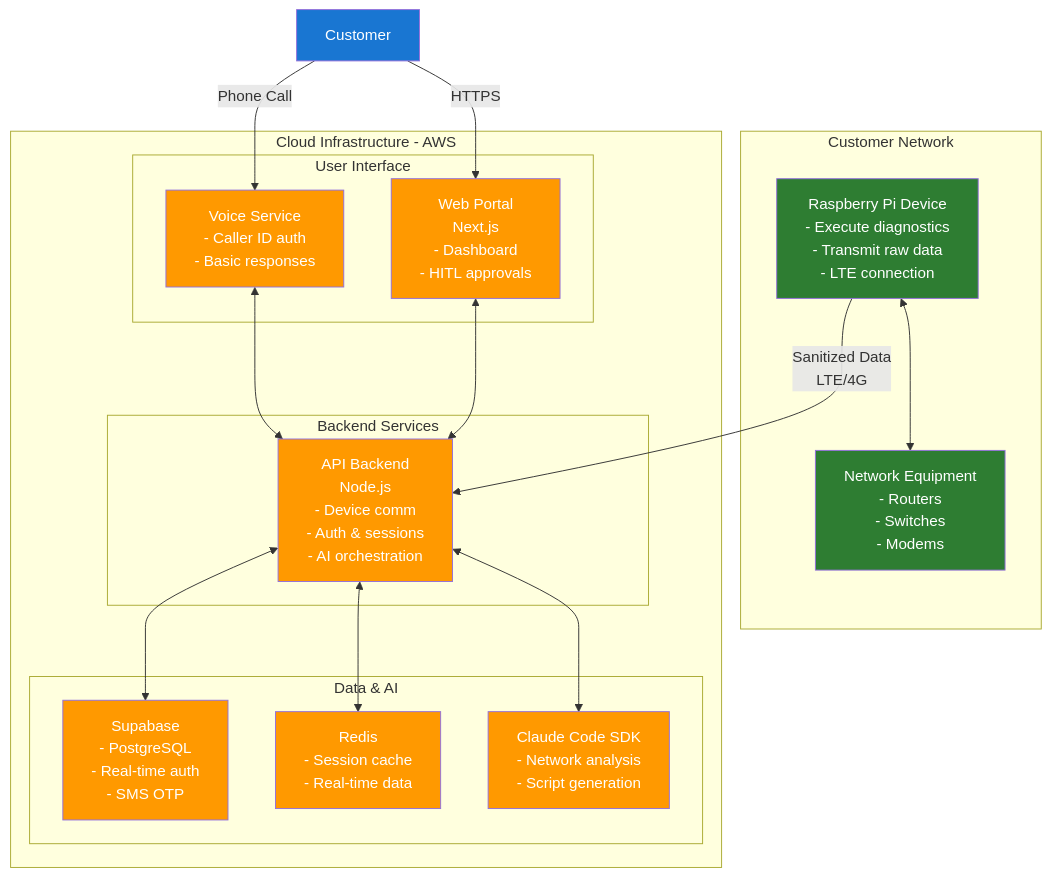
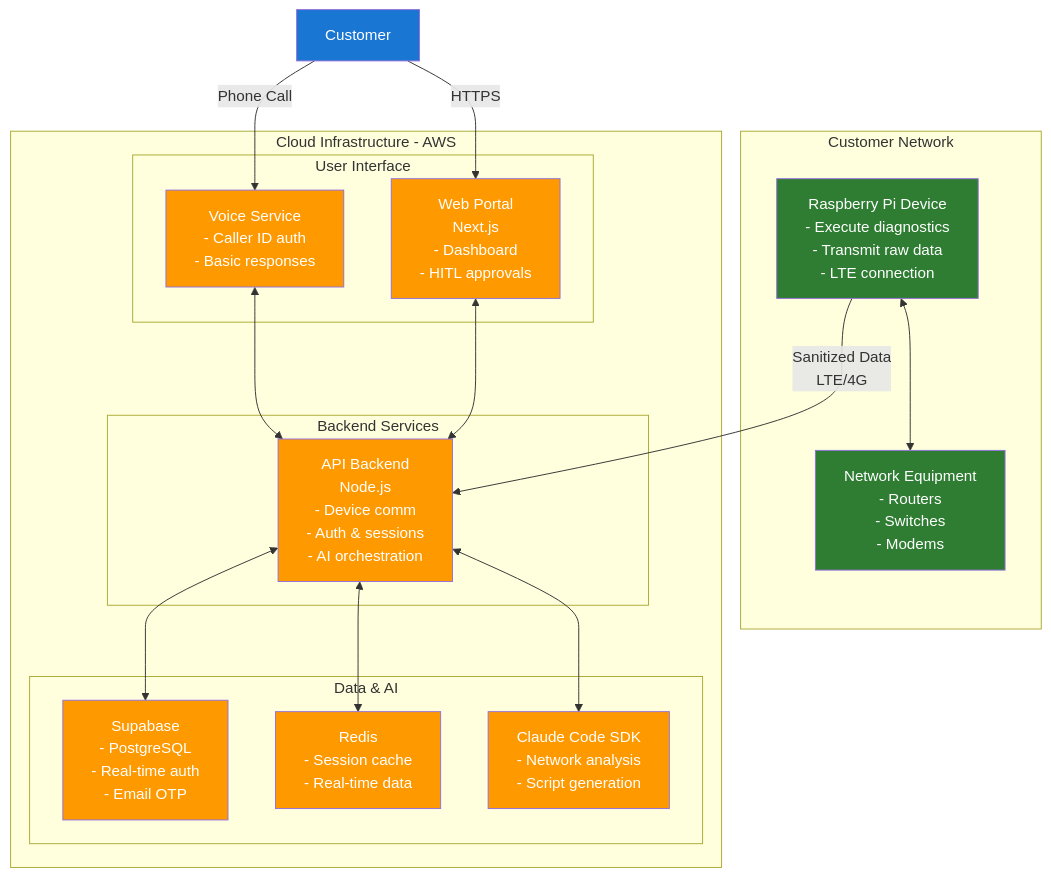
The diagram in docs/architecture.md (hakin19/zen-support), drawn with Mermaid before and after one commit. The commit also changed other lines of this file and 2 other files, not shown here.

First line of the commit message:
Update authentication method from SMS OTP to Email OTP

````diff
--- a/docs/architecture.md
+++ b/docs/architecture.md
@@ -281,43 +281,43 @@
 ```mermaid
 graph TB
     subgraph "Customer Network"
         RPI[Raspberry Pi Device<br/>- Execute diagnostics<br/>- Transmit raw data<br/>- LTE connection]
         NET[Network Equipment<br/>- Routers<br/>- Switches<br/>- Modems]
         RPI <--> NET
     end
     
     subgraph "Cloud Infrastructure - AWS"
         subgraph "User Interface"
             WEB[Web Portal<br/>Next.js<br/>- Dashboard<br/>- HITL approvals]
             VOICE[Voice Service<br/>- Caller ID auth<br/>- Basic responses]
         end
         
         subgraph "Backend Services"
             API[API Backend<br/>Node.js<br/>- Device comm<br/>- Auth & sessions<br/>- AI orchestration]
         end
         
         subgraph "Data & AI"
-            SUPA[Supabase<br/>- PostgreSQL<br/>- Real-time auth<br/>- SMS OTP]
+            SUPA[Supabase<br/>- PostgreSQL<br/>- Real-time auth<br/>- Email OTP]
             REDIS[Redis<br/>- Session cache<br/>- Real-time data]
             CLAUDE[Claude Code SDK<br/>- Network analysis<br/>- Script generation]
         end
     end
     
     USER[Customer] -->|Phone Call| VOICE
     USER -->|HTTPS| WEB
     RPI -->|Sanitized Data<br/>LTE/4G| API
     
     VOICE <--> API
     WEB <--> API
     API <--> SUPA
     API <--> REDIS
     API <--> CLAUDE
     
     classDef aws fill:#FF9900,color:#fff
     classDef device fill:#2E7D32,color:#fff
     classDef user fill:#1976D2,color:#fff
     
     class API,WEB,VOICE,SUPA,REDIS,CLAUDE aws
     class RPI,NET device
     class USER user
 ```
````
